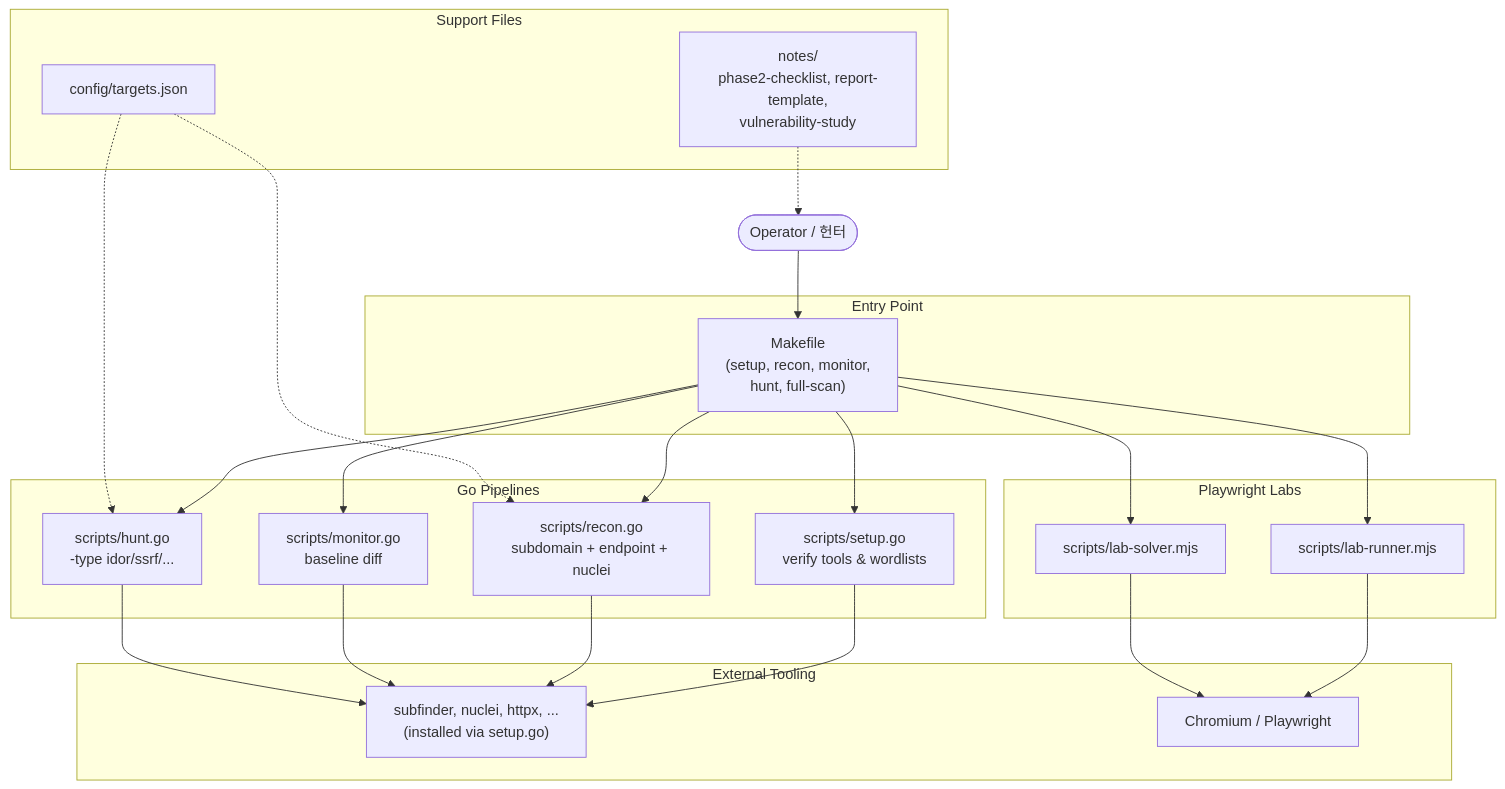
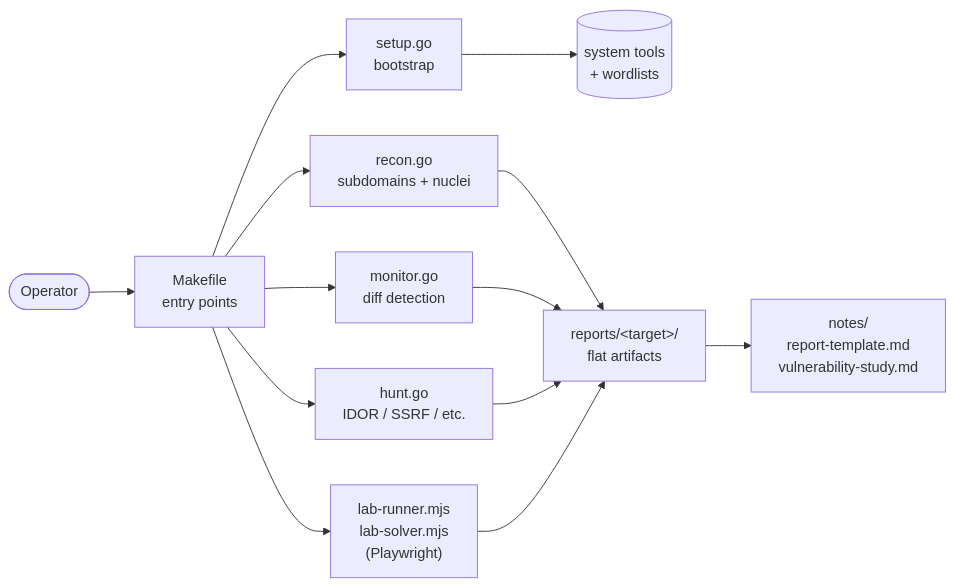
One commit to jclee941/bug changed the diagram in README.md. Above: the diagram before and after it, drawn with Mermaid. The commit also changed other lines of this file, not shown here.

````diff
--- a/README.md
+++ b/README.md
@@ -68,49 +81,20 @@
 ```mermaid
-flowchart TD
-    Operator([Operator / 헌터])
+flowchart LR
+    OP([Operator])
+    MK["Makefile<br/>entry points"]
+    OP --> MK
 
-    subgraph Entry["Entry Point"]
-        Makefile["Makefile<br/>(setup, recon, monitor,<br/>hunt, full-scan)"]
-    end
+    MK --> SET["setup.go<br/>bootstrap"]
+    MK --> REC["recon.go<br/>subdomains + nuclei"]
+    MK --> MON["monitor.go<br/>diff detection"]
+    MK --> HNT["hunt.go<br/>IDOR / SSRF / etc."]
+    MK --> LABS["lab-runner.mjs<br/>lab-solver.mjs<br/>(Playwright)"]
 
-    subgraph Go["Go Pipelines"]
-        Setup[scripts/setup.go<br/>verify tools &amp; wordlists]
-        Recon[scripts/recon.go<br/>subdomain + endpoint + nuclei]
-        Monitor[scripts/monitor.go<br/>baseline diff]
-        Hunt[scripts/hunt.go<br/>-type idor/ssrf/...]
-    end
+    SET --> TOOLS[("system tools<br/>+ wordlists")]
+    REC --> OUT["reports/&lt;target&gt;/<br/>flat artifacts"]
+    MON --> OUT
+    HNT --> OUT
+    LABS --> OUT
 
-    subgraph Node["Playwright Labs"]
-        LabRunner["scripts/lab-runner.mjs"]
-        LabSolver["scripts/lab-solver.mjs"]
-    end
-
-    subgraph Support["Support Files"]
-        Config["config/targets.json"]
-        Notes["notes/<br/>phase2-checklist, report-template,<br/>vulnerability-study"]
-    end
-
-    subgraph External["External Tooling"]
-        Tools["subfinder, nuclei, httpx, ...<br/>(installed via setup.go)"]
-        Browser["Chromium / Playwright"]
-    end
-
-    Operator --> Makefile
-    Makefile --> Setup
-    Makefile --> Recon
-    Makefile --> Monitor
-    Makefile --> Hunt
-    Makefile --> LabRunner
-    Makefile --> LabSolver
-
-    Setup --> Tools
-    Recon --> Tools
-    Monitor --> Tools
-    Hunt --> Tools
-    LabRunner --> Browser
-    LabSolver --> Browser
-
-    Config -.-> Recon
-    Config -.-> Hunt
-    Notes -.-> Operator
+    OUT --> NOTES["notes/<br/>report-template.md<br/>vulnerability-study.md"]
 ```
````
